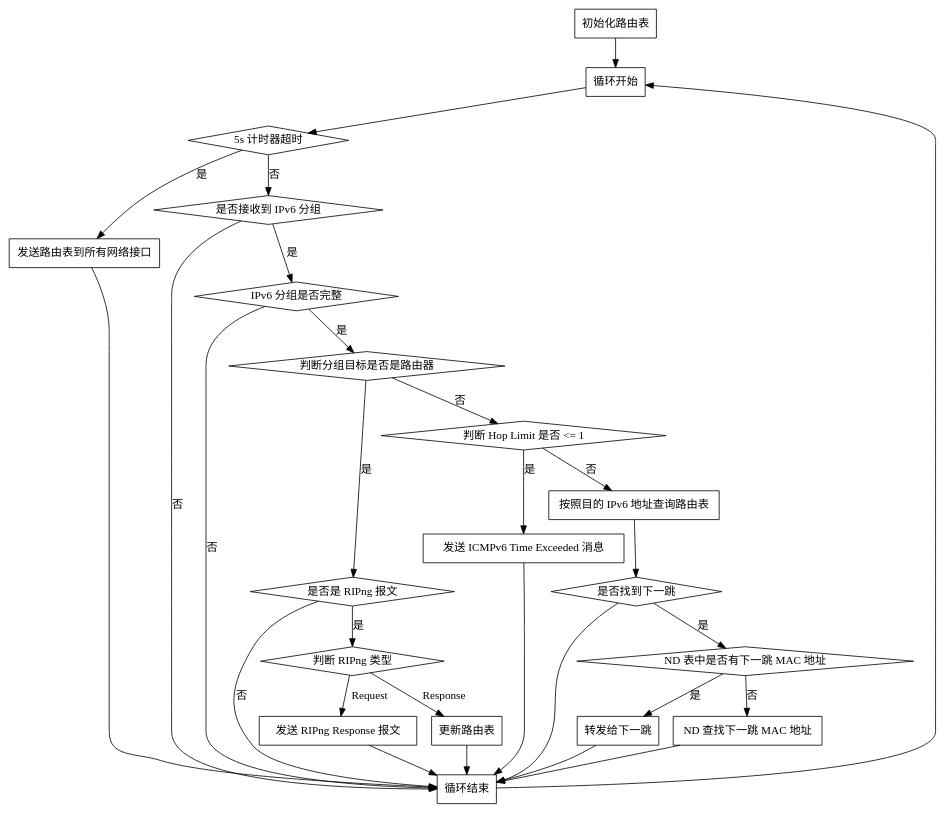
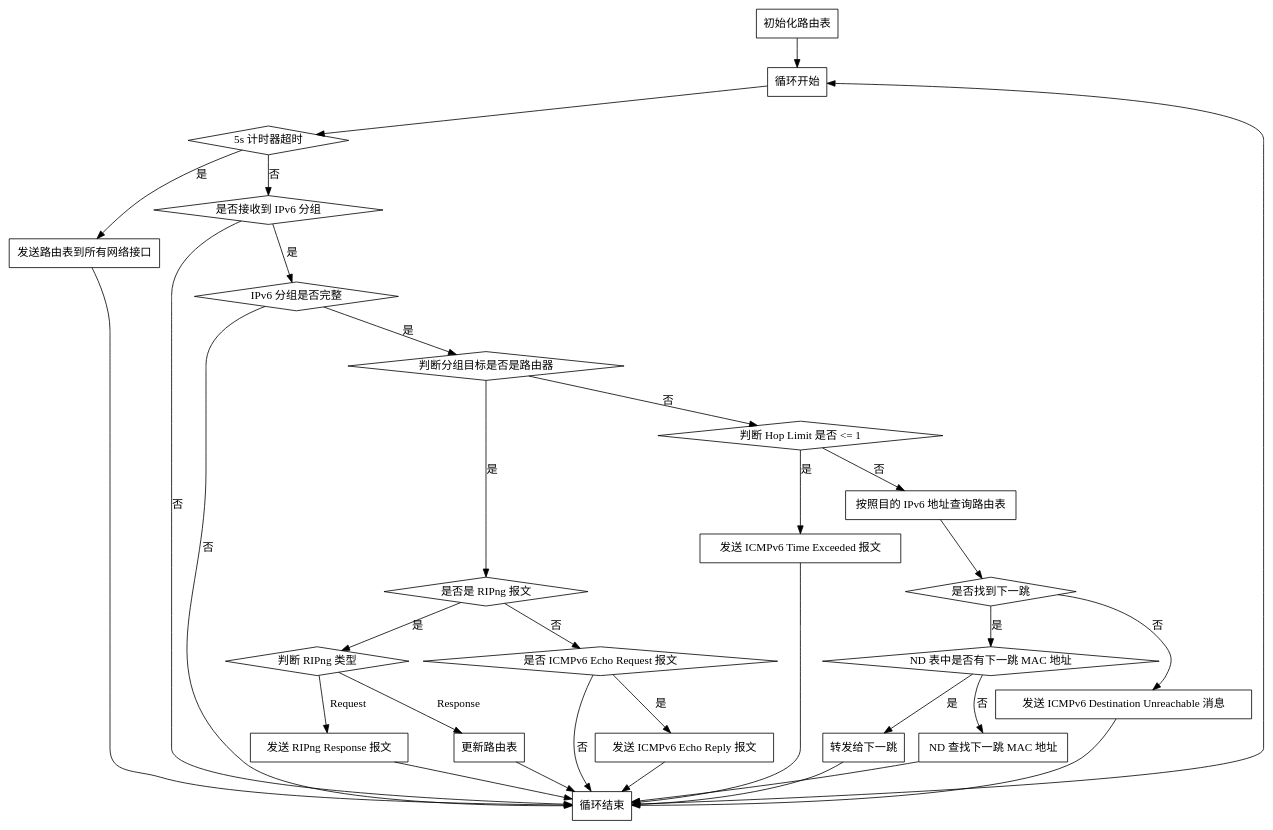
One commit to thu-cs-lab/Router-Lab-Docs changed the diagram in docs/software/second_stage/img/flow.dot. Above: the diagram before and after it, drawn with Graphviz. The commit also changed 2 other files, not shown here.

```diff
--- a/docs/software/second_stage/img/flow.dot
+++ b/docs/software/second_stage/img/flow.dot
@@ -1,141 +1,162 @@
 digraph G {
     
     init [
         label = "初始化路由表",
         shape = rect
     ];
     
     loop [
         label = "循环开始",
         shape = rect
     ];
     
     init -> loop;
     
     send_all [
         label = "发送路由表到所有网络接口",
         shape = rect
     ];
     
     timeout [
         label = "5s 计时器超时",
         shape = diamond
     ];
     
     loop -> timeout;
 
     timeout -> send_all [label = "是"];
     send_all -> loop_end;
     
     recv [
         label = "是否接收到 IPv6 分组",
         shape = diamond
     ];
     
     timeout -> recv [label = "否"];
     recv -> loop_end [label = "否"];
     
     check [
         label = "IPv6 分组是否完整",
         shape = diamond
     ];
     
     recv -> check [label = "是"];
     check -> loop_end [label = "否"];
     check -> type [label = "是"];
     
     type [
         label = "判断分组目标是否是路由器",
         shape = diamond
     ];
     
     check_ripng [
         label = "是否是 RIPng 报文",
         shape = diamond
     ];
     
     type -> check_ripng [label = "是"];
     type -> check_hlim [label = "否"];
     
     check_hlim [
         label = "判断 Hop Limit 是否 <= 1",
         shape = diamond
     ];
     
     time_exceeded [
-        label = "发送 ICMPv6 Time Exceeded 消息",
+        label = "发送 ICMPv6 Time Exceeded 报文",
         shape = rect
     ];
     check_hlim -> time_exceeded[label = "是"];
     time_exceeded -> loop_end;
     
     
     lookup [
         label = "按照目的 IPv6 地址查询路由表",
         shape = rect
     ];
     
     check_hlim -> lookup[label = "否"];
     
     nexthop_found [
         label = "是否找到下一跳",
         shape = diamond
     ]
     
     lookup -> nexthop_found;
     
     check_mac [
         label = "ND 表中是否有下一跳 MAC 地址",
         shape = diamond
     ];
+
+    destination_unreachable [
+        label = "发送 ICMPv6 Destination Unreachable 消息",
+        shape = rect
+    ];
     
-    nexthop_found -> loop_end;
+    nexthop_found -> destination_unreachable[label= "否"];
+    destination_unreachable -> loop_end;
+    
     nexthop_found -> check_mac[label = "是"];
     check_mac -> forward[label = "是"];
         
     forward [
         label = "转发给下一跳",
         shape = rect
     ];
     
     forward -> loop_end;
         
     ndp [
         label = "ND 查找下一跳 MAC 地址",
         shape = rect
     ]
     
     check_mac -> ndp[label = "否"];
     ndp -> loop_end;
         
     check_request [
         label = "判断 RIPng 类型",
         shape = diamond
     ];
     
     check_ripng -> check_request[label = "是"];
-    check_ripng -> loop_end[label = "否"];
+    check_ripng -> check_echo_request[label = "否"];
+
+    check_echo_request [
+        label = "是否 ICMPv6 Echo Request 报文";
+        shape = diamond
+    ];
+
+    reply_echo [
+        label = "发送 ICMPv6 Echo Reply 报文";
+        shape = rect
+    ];
+
+    check_echo_request -> reply_echo[label = "是"];
+    check_echo_request -> loop_end[label = "否"];
+    reply_echo -> loop_end;
     
     handle_request [
         label = "发送 RIPng Response 报文",
         shape = rect
     ];
     
     check_request -> handle_request[label = "Request"];
     handle_request -> loop_end;
     
     handle_response [
         label = "更新路由表",
         shape = rect
     ];
     
     check_request -> handle_response[label = "Response"];
     handle_response -> loop_end;
     
     loop_end [
         label = "循环结束",
         shape = rect
     ];
     
     loop_end -> loop;
 }
```
